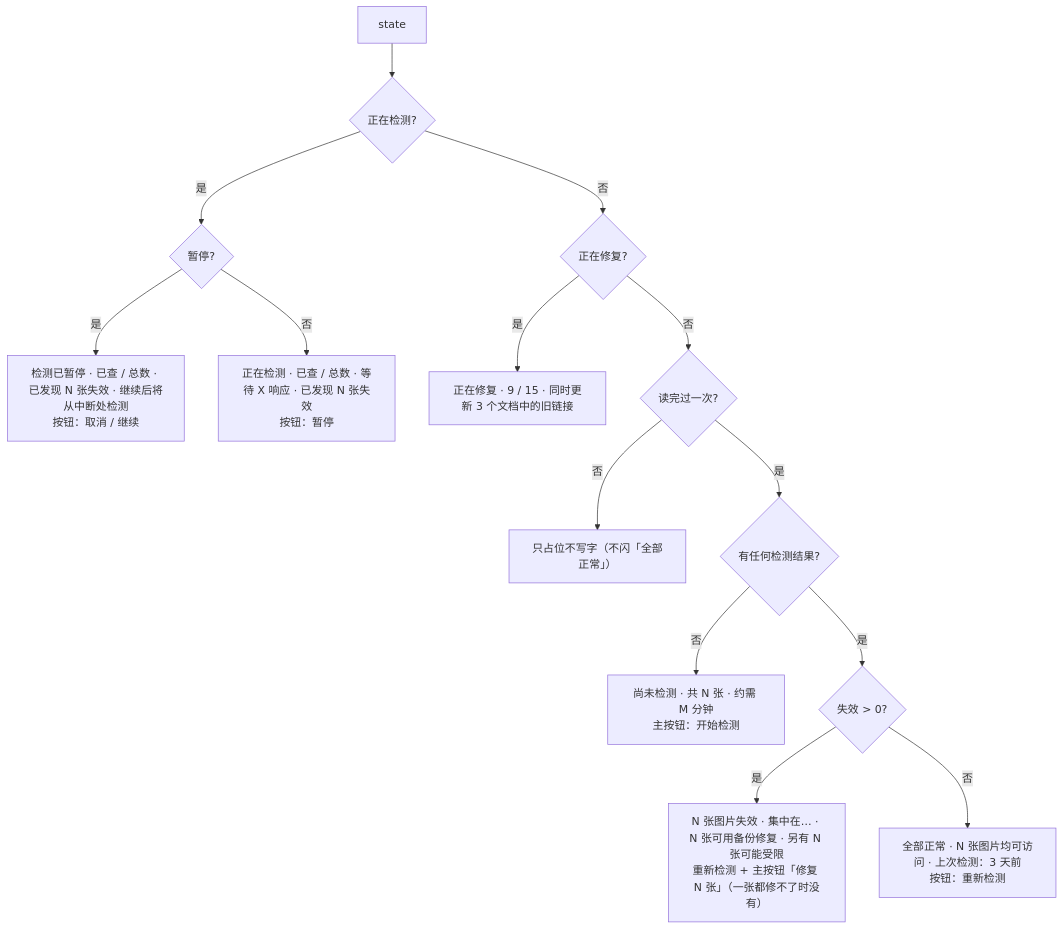
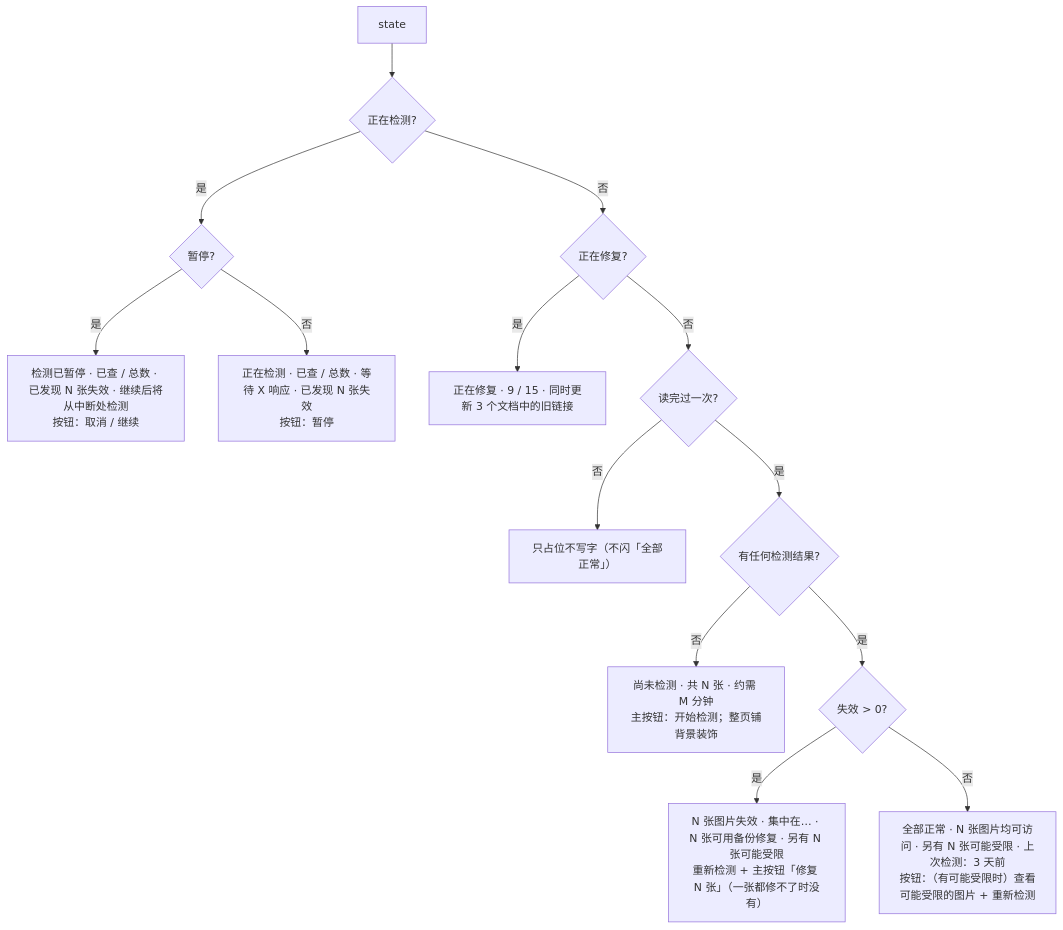
The fourth of 5 diagrams in docs/flows/link-check-flow.md (joeyliu6/PicNexus), drawn with Mermaid before and after one commit. The commit also changed other lines of this file, not shown here.

Commit message:
docs(health): note the decoration and the limited-only list in the link check flow

````diff
--- a/docs/flows/link-check-flow.md
+++ b/docs/flows/link-check-flow.md
@@ -324,16 +324,16 @@
 ```mermaid
 flowchart TD
     A[state] --> C{正在检测?}
     C -- 是 --> C1{暂停?}
     C1 -- 是 --> P["检测已暂停 · 已查 / 总数 · 已发现 N 张失效 · 继续后将从中断处检测<br/>按钮：取消 / 继续"]
     C1 -- 否 --> R["正在检测 · 已查 / 总数 · 等待 X 响应 · 已发现 N 张失效<br/>按钮：暂停"]
     C -- 否 --> F{正在修复?}
     F -- 是 --> F1["正在修复 · 9 / 15 · 同时更新 3 个文档中的旧链接"]
     F -- 否 --> L{读完过一次?}
     L -- 否 --> L1["只占位不写字（不闪「全部正常」）"]
     L -- 是 --> N{有任何检测结果?}
-    N -- 否 --> N1["尚未检测 · 共 N 张 · 约需 M 分钟<br/>主按钮：开始检测"]
+    N -- 否 --> N1["尚未检测 · 共 N 张 · 约需 M 分钟<br/>主按钮：开始检测；整页铺背景装饰"]
     N -- 是 --> D{失效 > 0?}
     D -- 是 --> D1["N 张图片失效 · 集中在… · N 张可用备份修复 · 另有 N 张可能受限<br/>重新检测 + 主按钮「修复 N 张」（一张都修不了时没有）"]
-    D -- 否 --> G["全部正常 · N 张图片均可访问 · 上次检测：3 天前<br/>按钮：重新检测"]
+    D -- 否 --> G["全部正常 · N 张图片均可访问 · 另有 N 张可能受限 · 上次检测：3 天前<br/>按钮：（有可能受限时）查看可能受限的图片 + 重新检测"]
 ```
````
